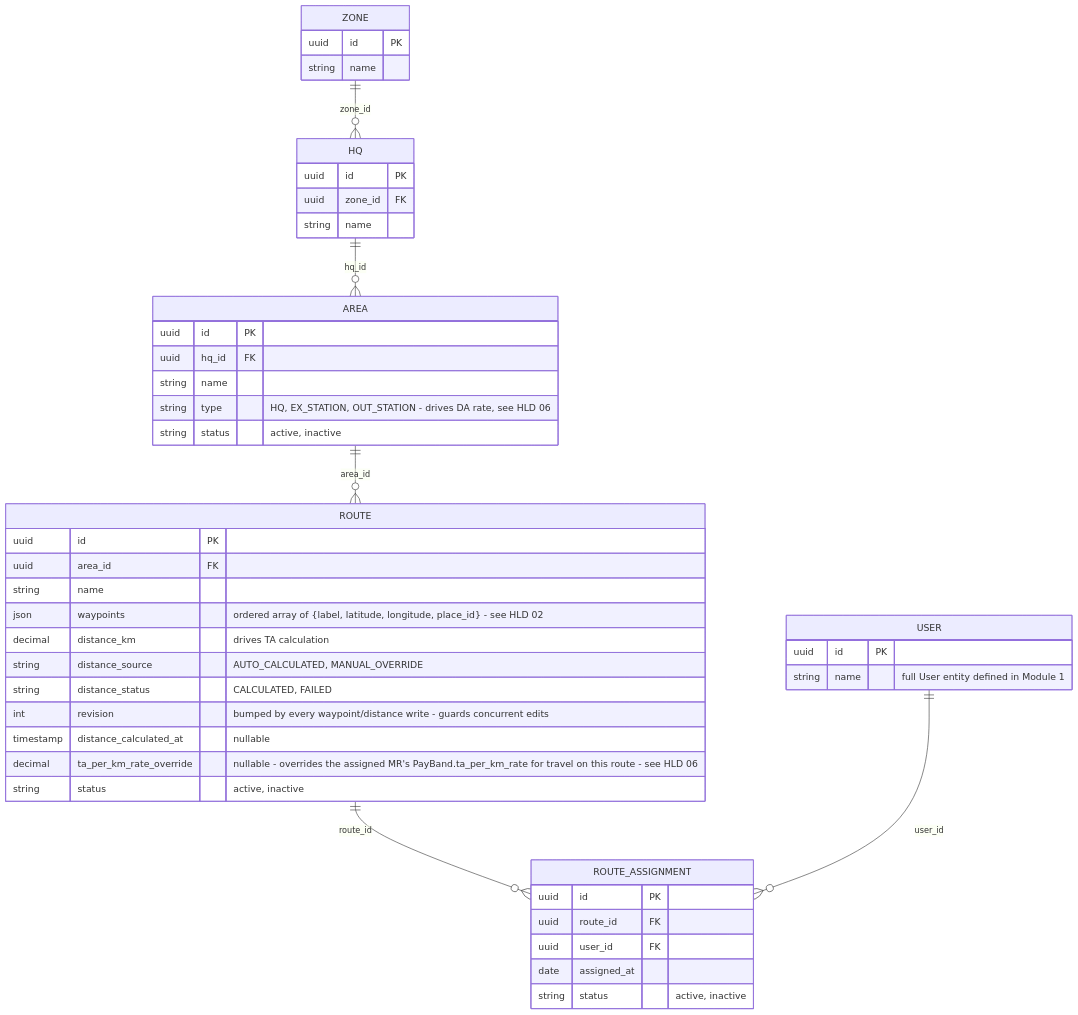
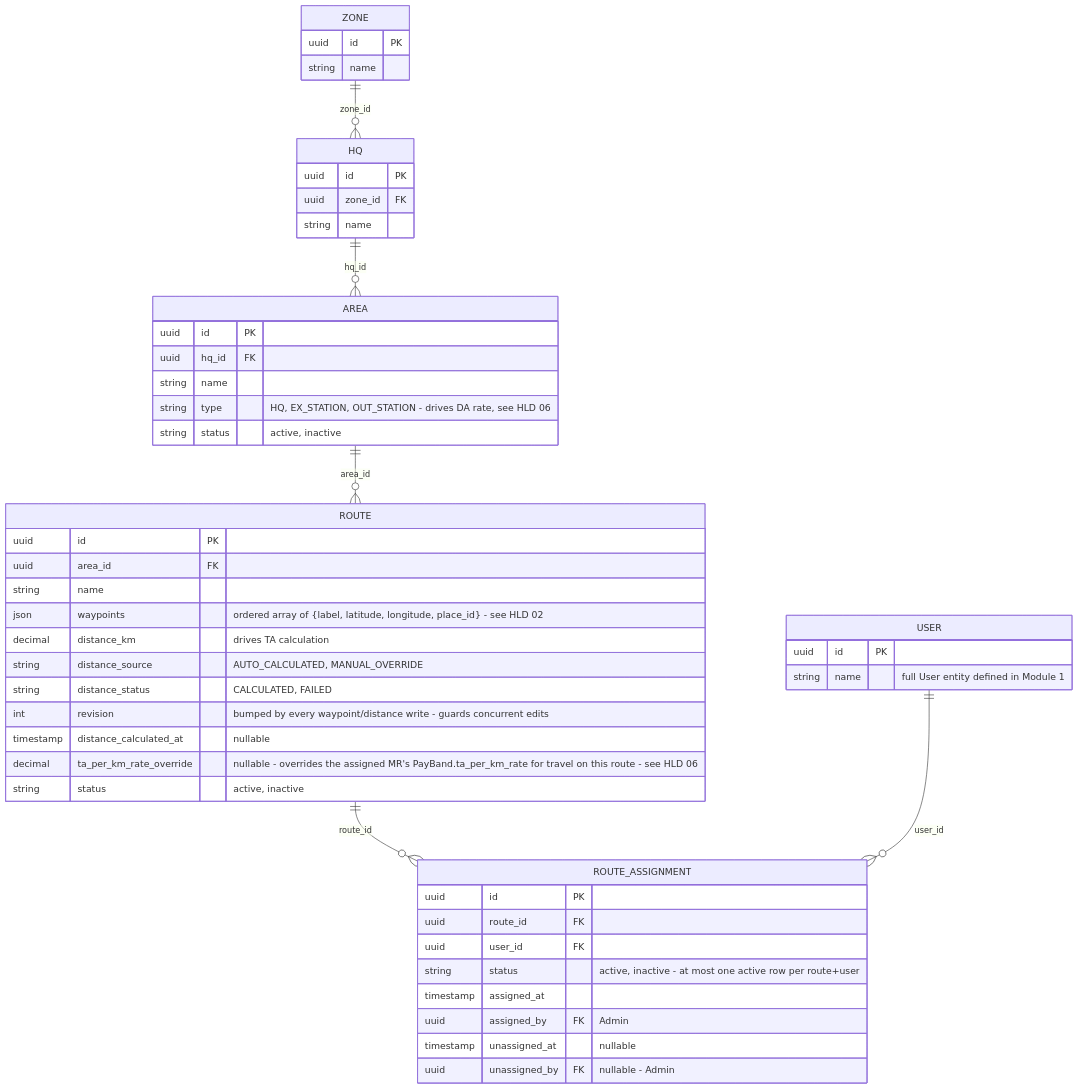
One commit to reboot-ai-private-limited/greynote changed the diagram in docs/erd/02-territory-master.md. Above: the diagram before and after it, drawn with Mermaid. The commit also changed 28 other files, not shown here.

````diff
--- a/docs/erd/02-territory-master.md
+++ b/docs/erd/02-territory-master.md
@@ -8,49 +8,52 @@
 ```mermaid
 erDiagram
     USER {
         uuid id PK
         string name "full User entity defined in Module 1"
     }
     ZONE {
         uuid id PK
         string name
     }
     HQ {
         uuid id PK
         uuid zone_id FK
         string name
     }
     AREA {
         uuid id PK
         uuid hq_id FK
         string name
         string type "HQ, EX_STATION, OUT_STATION - drives DA rate, see HLD 06"
         string status "active, inactive"
     }
     ROUTE {
         uuid id PK
         uuid area_id FK
         string name
         json waypoints "ordered array of {label, latitude, longitude, place_id} - see HLD 02"
         decimal distance_km "drives TA calculation"
         string distance_source "AUTO_CALCULATED, MANUAL_OVERRIDE"
         string distance_status "CALCULATED, FAILED"
         int revision "bumped by every waypoint/distance write - guards concurrent edits"
         timestamp distance_calculated_at "nullable"
         decimal ta_per_km_rate_override "nullable - overrides the assigned MR's PayBand.ta_per_km_rate for travel on this route - see HLD 06"
         string status "active, inactive"
     }
     ROUTE_ASSIGNMENT {
         uuid id PK
         uuid route_id FK
         uuid user_id FK
-        date assigned_at
-        string status "active, inactive"
+        string status "active, inactive - at most one active row per route+user"
+        timestamp assigned_at
+        uuid assigned_by FK "Admin"
+        timestamp unassigned_at "nullable"
+        uuid unassigned_by FK "nullable - Admin"
     }
 
     ZONE ||--o{ HQ : "zone_id"
     HQ ||--o{ AREA : "hq_id"
     AREA ||--o{ ROUTE : "area_id"
     ROUTE ||--o{ ROUTE_ASSIGNMENT : "route_id"
     USER ||--o{ ROUTE_ASSIGNMENT : "user_id"
 ```
````
